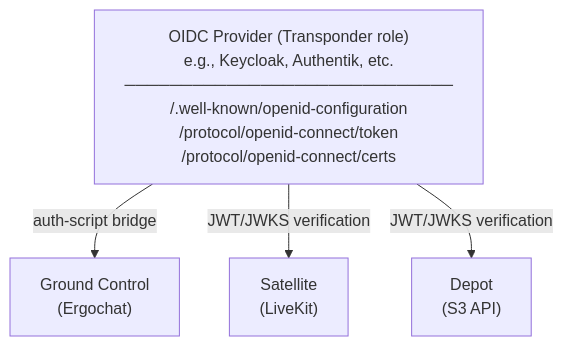
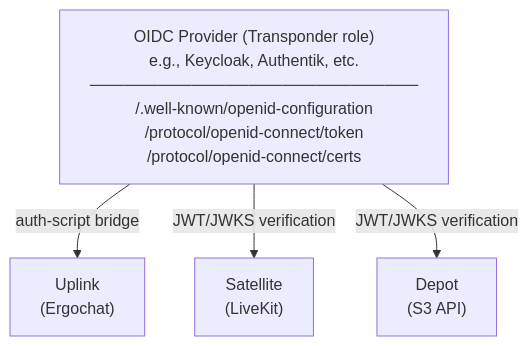
One commit to hivecom/orbit-spec changed the first of 4 diagrams in spec/02-components/04-transponder.md. Above: the diagram before and after it, drawn with Mermaid. The commit also changed other lines of this file and 45 other files, not shown here.

First line of the commit message:
Rename Ground Control to Uplink and reorganize

````diff
--- a/spec/02-components/04-transponder.md
+++ b/spec/02-components/04-transponder.md
@@ -21,8 +21,8 @@
 ```mermaid
 flowchart TB
     IDP["OIDC Provider (Transponder role)\ne.g., Keycloak, Authentik, etc.\n─────────────────────────────\n/.well-known/openid-configuration\n/protocol/openid-connect/token\n/protocol/openid-connect/certs"]
 
-    IDP -->|auth-script bridge| GC["Ground Control\n(Ergochat)"]
+    IDP -->|auth-script bridge| GC["Uplink\n(Ergochat)"]
     IDP -->|JWT/JWKS verification| SAT["Satellite\n(LiveKit)"]
     IDP -->|JWT/JWKS verification| DEPOT["Depot\n(S3 API)"]
 ```
````
